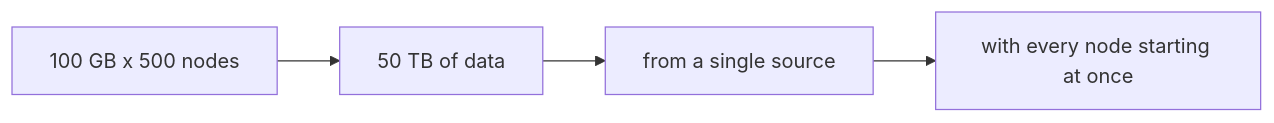
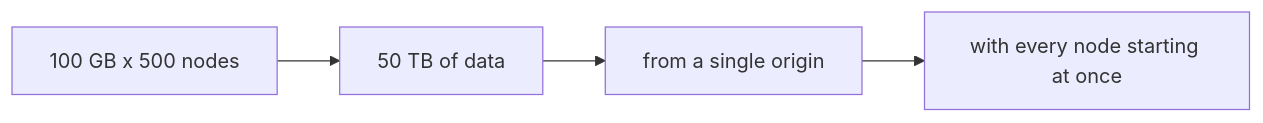
One commit to arpanpathak/cracking-the-systems-programming-interview changed the fourth of 5 diagrams in systems_design/04-serving-and-artifacts.md. Above: the diagram before and after it, drawn with Mermaid. The commit also changed other lines of this file and 5 other files, not shown here.

````diff
--- a/systems_design/04-serving-and-artifacts.md
+++ b/systems_design/04-serving-and-artifacts.md
@@ -116,6 +123,6 @@
 ```mermaid
 flowchart LR
     A["100 GB x 500 nodes"] --> B["50 TB of data"]
-    B --> C["from a single source"]
+    B --> C["from a single origin"]
     C --> D["with every node starting at once"]
 ```
````
